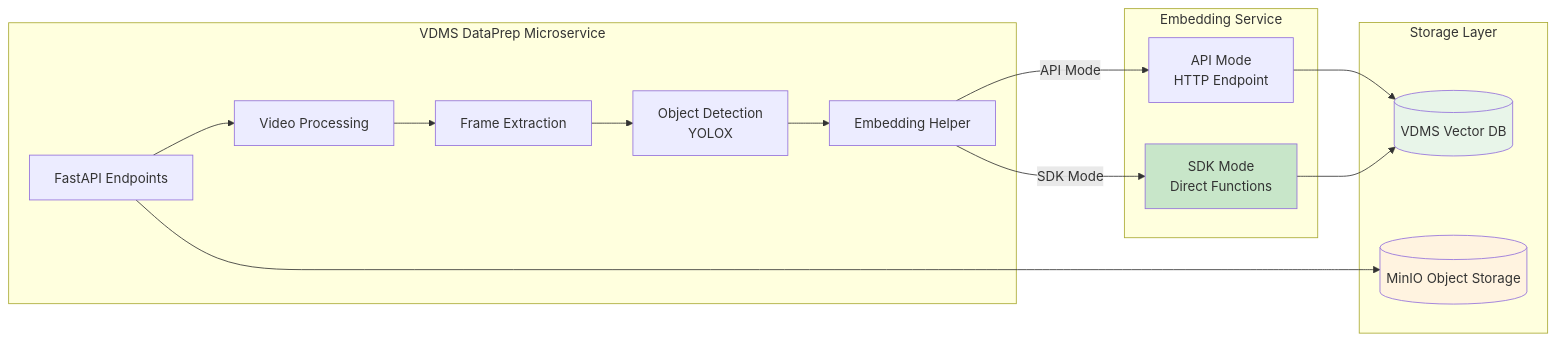
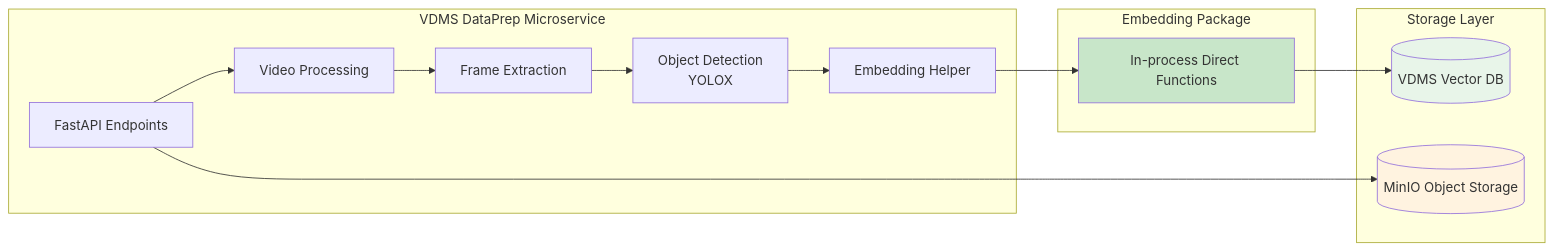
Before and after one commit to open-edge-platform/edge-ai-libraries: the ninth of 9 diagrams in microservices/visual-data-preparation-for-retrieval/multimodal-dataprep/docs/user-guide/video-ingestion-flow.md, drawn with Mermaid. The commit also changed other lines of this file and 36 other files, not shown here.

````diff
--- a/microservices/visual-data-preparation-for-retrieval/multimodal-dataprep/docs/user-guide/video-ingestion-flow.md
+++ b/microservices/visual-data-preparation-for-retrieval/multimodal-dataprep/docs/user-guide/video-ingestion-flow.md
@@ -662,29 +632,26 @@
 ```mermaid
 graph LR
     subgraph "VDMS DataPrep Microservice"
         A[FastAPI Endpoints] --> B[Video Processing]
         B --> C[Frame Extraction]
         C --> D[Object Detection<br/>YOLOX]
         D --> E[Embedding Helper]
     end
-    
-    subgraph "Embedding Service"
-        F[API Mode<br/>HTTP Endpoint]
-        G[SDK Mode<br/>Direct Functions]
+
+    subgraph "Embedding Package"
+        G[In-process Direct Functions]
     end
-    
+
     subgraph "Storage Layer"
         H[(VDMS Vector DB)]
         I[(MinIO Object Storage)]
     end
-    
-    E -->|API Mode| F
-    E -->|SDK Mode| G
-    F --> H
+
+    E --> G
     G --> H
     A --> I
-    
+
     style G fill:#c8e6c9
     style H fill:#e8f5e9
     style I fill:#fff3e0
 ```
````
